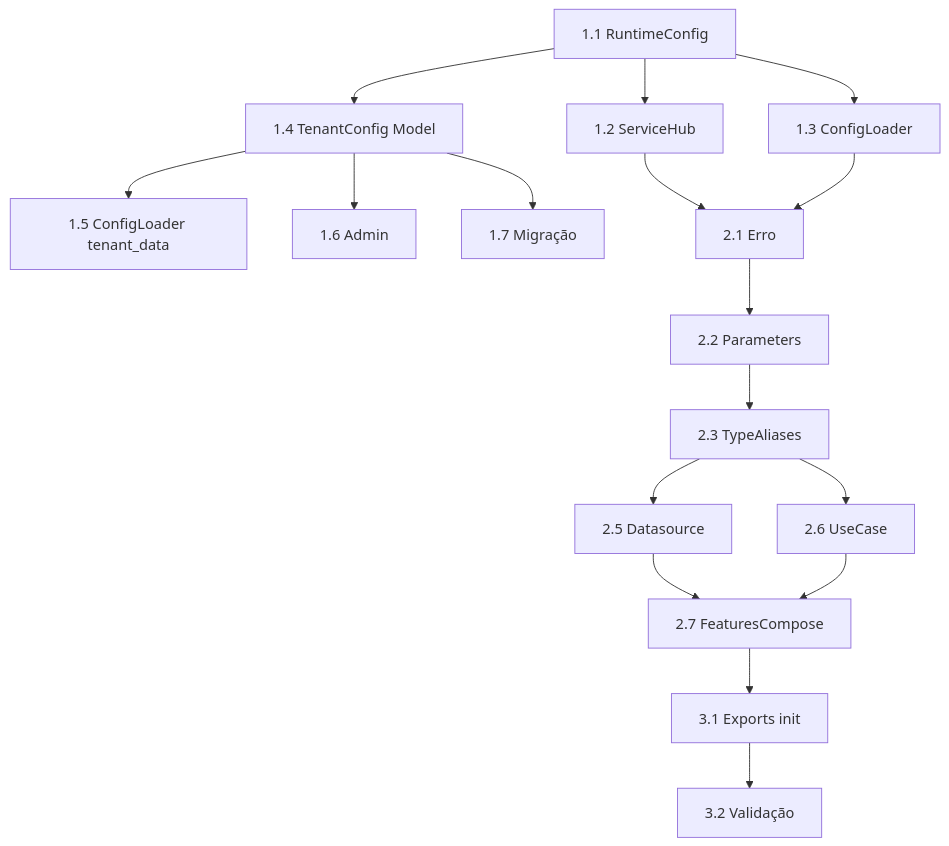
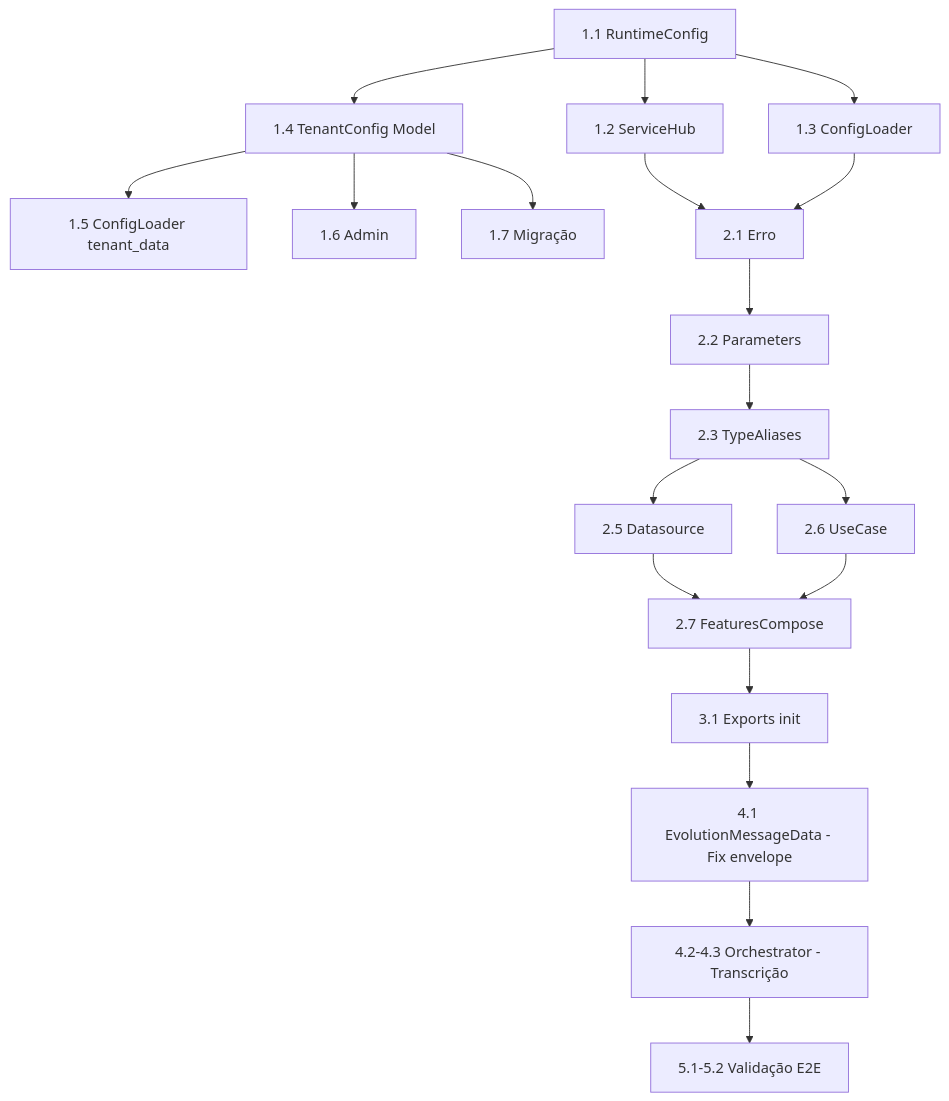
One commit to pwlimaverde/smart-core-assistant-painel changed the diagram in .context/plans/feature-transcribe-audio.md. Above: the diagram before and after it, drawn with Mermaid. The commit also changed other lines of this file and 33 other files, not shown here.

````diff
--- a/.context/plans/feature-transcribe-audio.md
+++ b/.context/plans/feature-transcribe-audio.md
@@ -387,19 +618,21 @@
 ```mermaid
 graph TD
   A[1.1 RuntimeConfig] --> B[1.2 ServiceHub]
   A --> C[1.3 ConfigLoader]
   A --> D[1.4 TenantConfig Model]
   D --> E[1.5 ConfigLoader tenant_data]
   D --> F[1.6 Admin]
   D --> G[1.7 Migração]
   B --> H[2.1 Erro]
   C --> H
   H --> I[2.2 Parameters]
   I --> J[2.3 TypeAliases]
   J --> K[2.5 Datasource]
   J --> L[2.6 UseCase]
   K --> M[2.7 FeaturesCompose]
   L --> M
   M --> N[3.1 Exports init]
-  N --> O[3.2 Validação]
+  N --> O[4.1 EvolutionMessageData - Fix envelope]
+  O --> P[4.2-4.3 Orchestrator - Transcrição]
+  P --> Q[5.1-5.2 Validação E2E]
 ```
````
